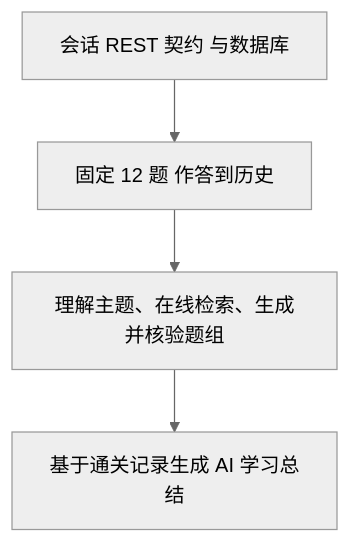
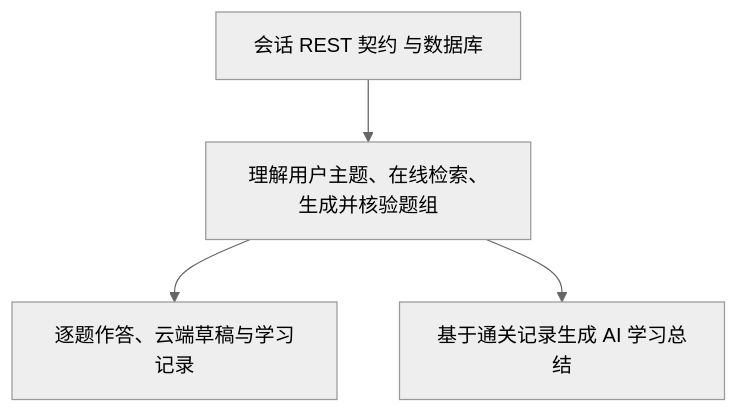
The second of 3 diagrams in docs/方案设计文档.md (Huangbingshuai/ai_learn), drawn with Mermaid (neutral theme) before and after one commit. The commit also changed other lines of this file and 31 other files, not shown here.

````diff
--- a/docs/方案设计文档.md
+++ b/docs/方案设计文档.md
@@ -57,6 +57,6 @@
 ```mermaid
 flowchart TD
-    Foundation[会话 REST 契约 与数据库] --> Core[固定 12 题 作答到历史]
-    Core --> Topic[理解主题、在线检索、生成并核验题组]
+    Foundation[会话 REST 契约 与数据库] --> Topic[理解用户主题、在线检索、生成并核验题组]
+    Topic --> Core[逐题作答、云端草稿与学习记录]
     Topic --> AISummary[基于通关记录生成 AI 学习总结]
 ```
````
